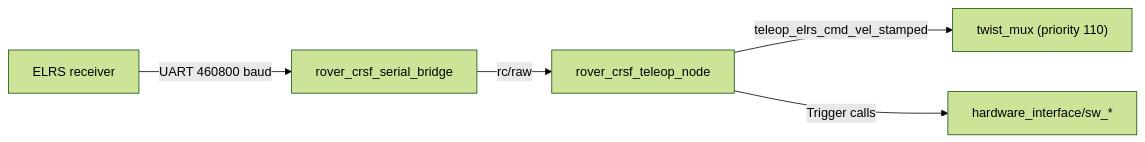
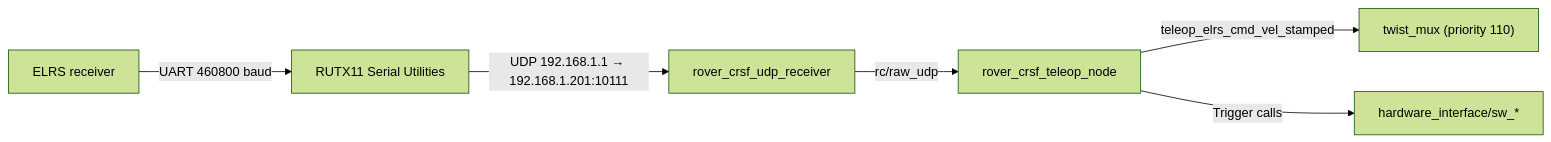
One commit to RaduPotlog/rover_ros changed the diagram in docs/software/teleop-and-leds.md. Above: the diagram before and after it, drawn with Mermaid (forest theme). The commit also changed other lines of this file and 113 other files, not shown here.

````diff
--- a/docs/software/teleop-and-leds.md
+++ b/docs/software/teleop-and-leds.md
@@ -15,7 +15,8 @@
 ```mermaid
 flowchart LR
-  RX["ELRS receiver"] -->|"UART 460800 baud"| SB["rover_crsf_serial_bridge"]
-  SB -->|"rc/raw"| T["rover_crsf_teleop_node"]
+  RX["ELRS receiver"] -->|"UART 460800 baud"| R["RUTX11 Serial Utilities"]
+  R -->|"UDP 192.168.1.1 → 192.168.1.201:10111"| UR["rover_crsf_udp_receiver"]
+  UR -->|"rc/raw_udp"| T["rover_crsf_teleop_node"]
   T -->|"teleop_elrs_cmd_vel_stamped"| MUX["twist_mux (priority 110)"]
   T -->|"Trigger calls"| HI["hardware_interface/sw_*"]
 ```
````
